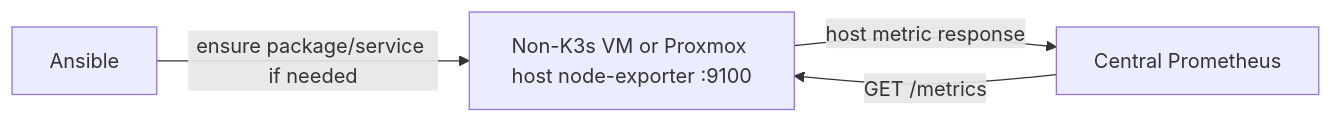
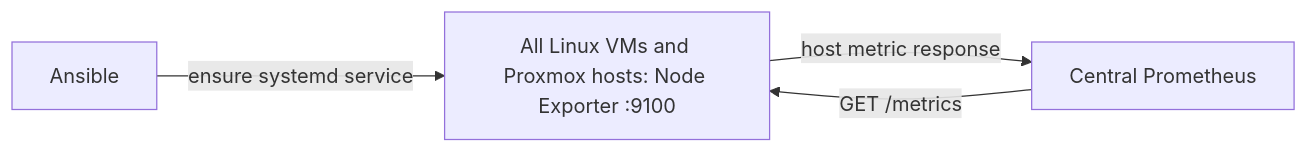
Before and after one commit to Quangsumi/k3s-homelab: the diagram in ansible/playbooks/node-exporter/README.md, drawn with Mermaid. The commit also changed other lines of this file and 13 other files, not shown here.

Commit message:
Move K3s Node Exporters from DaemonSet to systemd

````diff
--- a/ansible/playbooks/node-exporter/README.md
+++ b/ansible/playbooks/node-exporter/README.md
@@ -13,6 +16,6 @@
 ```mermaid
 flowchart LR
-  A[Ansible] -->|ensure package/service if needed| V[Non-K3s VM or Proxmox host node-exporter :9100]
+  A[Ansible] -->|ensure systemd service| V[All Linux VMs and Proxmox hosts: Node Exporter :9100]
   P[Central Prometheus] -->|GET /metrics| V
   V -->|host metric response| P
 ```
````
